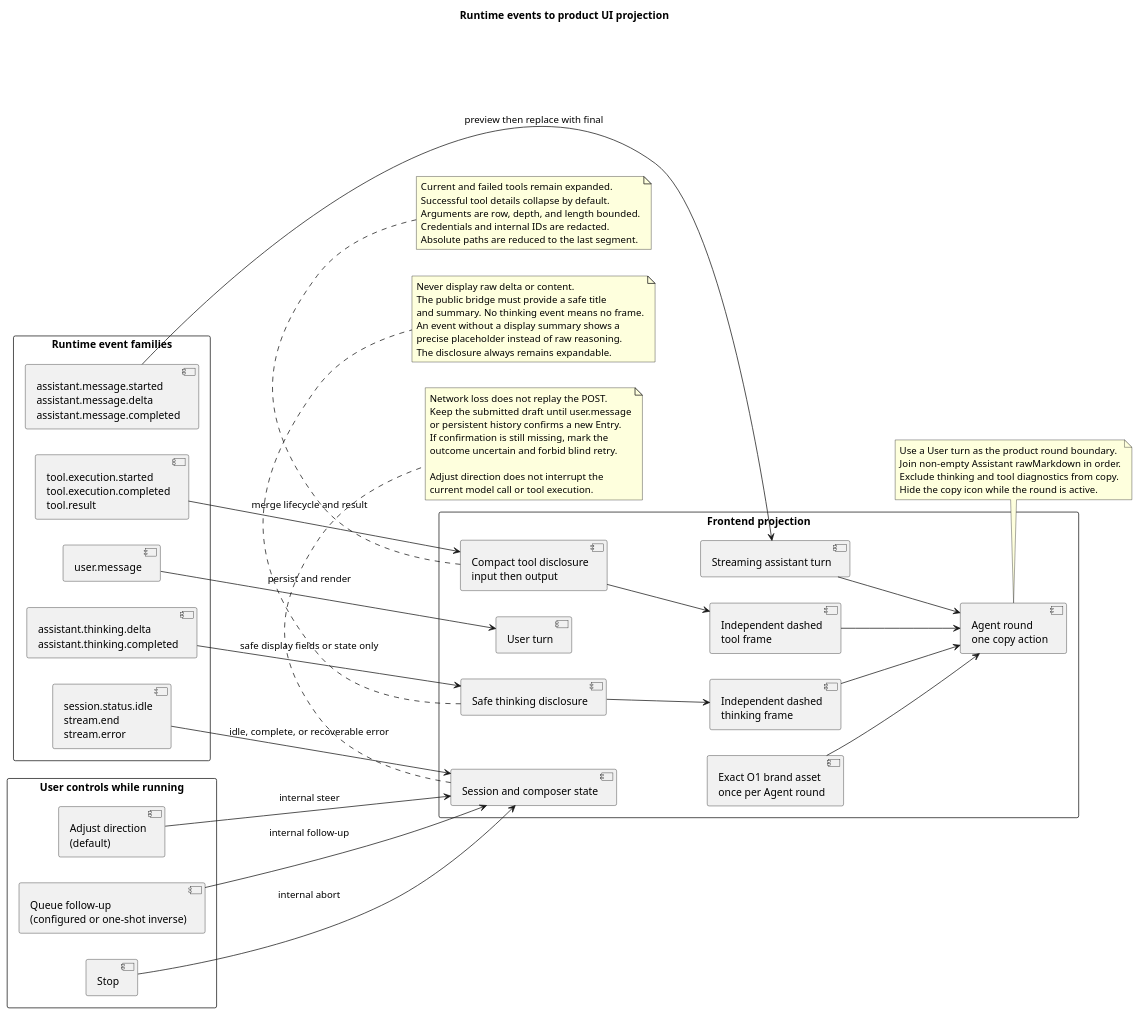
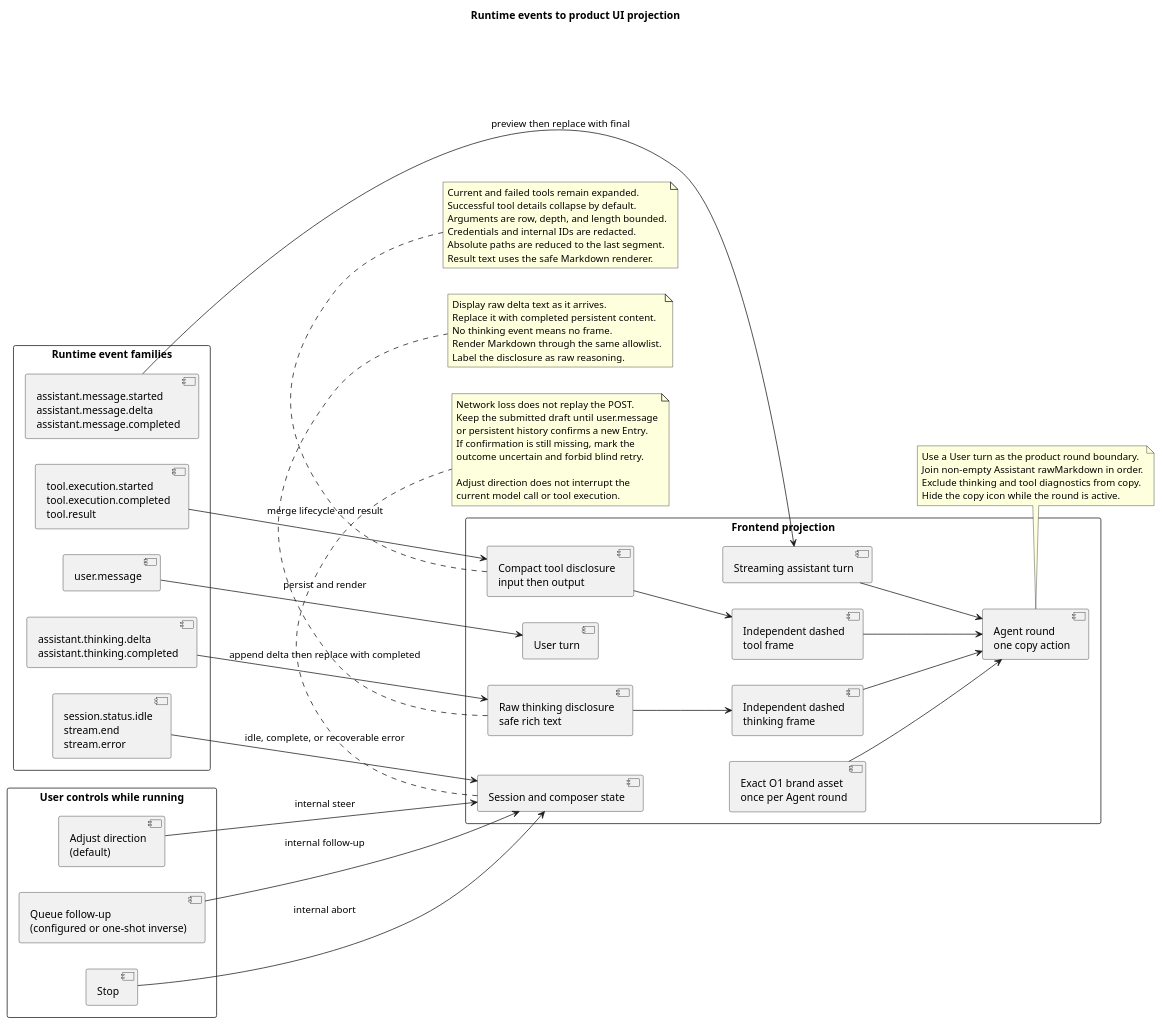
The third of 3 diagrams in docs/designs/campusclaw-frontend/diagram.puml (2862282695gjh-afk/pi-mono-java), drawn with PlantUML before and after one commit. The commit also changed other lines of this file and 27 other files, not shown here.

```diff
--- a/docs/designs/campusclaw-frontend/diagram.puml
+++ b/docs/designs/campusclaw-frontend/diagram.puml
@@ -152,101 +159,102 @@
 @startuml runtime_event_ui_projection
 ' Backend source baseline: origin/main 63adc08cf5c57e3a7cc3caa317452062606ce8b4.
-' Frontend interaction-refinement baseline: origin/main 1813c601101660a401e5e2004c5c00b8e3d7b75b.
+' Frontend interaction-refinement baseline: PR 179 commit 8c5f3462d745ec0c5146d55dcb62108ac2a33282.
 ' Visual design baseline: campusclaw-frontend-design 5c2231654ea94dd248b5ea9a478d2cb27cd36a52.
 ' Source evidence: frontend/src/projectors/runtimeEventProjector.ts (projectRuntimeEvents, projectAssistantEvent, projectThinkingEvent, projectToolEvent, projectToolArguments).
 ' Source evidence: frontend/src/composables/useRuntimeApi.ts (dispatchSseFrame, mergeRuntimeEvent, loadHistory).
 ' Source evidence: frontend/src/projectors/conversationRounds.ts (groupConversationTurns, groupAgentBlocks).
 ' Source evidence: frontend/src/components/ConversationTimeline.vue, AgentRound.vue, ThinkingDisclosure.vue, ToolActivity.vue, and BrandMark.vue.
 ' Source evidence: frontend/src/assets/campusclaw-mark-o1.png and frontend/src/style.css.
 ' Source evidence: frontend/src/components/ComposerBox.vue (onKeydown, current follow-up mode).
 ' Source evidence: modules/coding-agent-cli/src/main/java/com/campusclaw/codingagent/runtimeapi/event/RuntimeEventType.java (RuntimeEventType).
 ' Source evidence: modules/coding-agent-cli/src/main/java/com/campusclaw/codingagent/runtimeapi/event/RuntimeEventProjector.java (projectMessageStart, projectMessageUpdate, projectToolStart, projectToolEnd).
 ' Source evidence: modules/coding-agent-cli/src/main/java/com/campusclaw/codingagent/runtimeapi/event/RuntimeEntryCodec.java (toHistoryEvent, toSseData).
 ' Product-reference evidence: ChatGPT.app webview/assets/app-initial-BCLYDefw.js (followUpQueueMode, K9s) and webview/assets/zh-CN-ByRVSIXt.js.
 ' Observed behavior: HTTP 1.38 lowerCamelCase persistent entries and transient execution events share one request-scoped SSE response; Runtime thinking contains raw reasoning and no safe display summary.
 ' Observed Codex behavior: desktop follow-up mode defaults to steer; a modifier submits one message with the inverse mode.
-' Security hardening: raw thinking is ignored; tool arguments are bounded and redacted before DOM projection.
+' Product constraint: raw thinking is visible without changing the Runtime event interface; delta streams and completed content is authoritative.
+' Security hardening: all text uses the safe Markdown renderer; tool arguments remain bounded and redacted before DOM projection.
 ' Architecture change: User turns bound Agent rounds; each completed round owns one copy action.
 ' Product constraint: each thinking item and each tool item owns an independent warm neutral dashed activity frame.
 ' Design reason: independent frames preserve compact safe activity while preventing one expanded tool from visually swallowing adjacent thinking or tool items.
 
 title Runtime events to product UI projection
 left to right direction
 
 rectangle "Runtime event families" as Events {
   component "user.message" as UserEvent
   component "assistant.message.started\nassistant.message.delta\nassistant.message.completed" as AssistantEvents
   component "assistant.thinking.delta\nassistant.thinking.completed" as ThinkingEvents
   component "tool.execution.started\ntool.execution.completed\ntool.result" as ToolEvents
   component "session.status.idle\nstream.end\nstream.error" as TerminalEvents
 }
 
 rectangle "Frontend projection" as Projection {
   component "User turn" as UserTurn
   component "Streaming assistant turn" as AssistantTurn
-  component "Safe thinking disclosure" as ThinkingDisclosure
+  component "Raw thinking disclosure\nsafe rich text" as ThinkingDisclosure
   component "Compact tool disclosure\ninput then output" as ToolDisclosure
   component "Independent dashed\nthinking frame" as ThinkingFrame
   component "Independent dashed\ntool frame" as ToolFrame
   component "Agent round\none copy action" as AgentRound
   component "Exact O1 brand asset\nonce per Agent round" as BrandAsset
   component "Session and composer state" as SessionState
 }
 
 rectangle "User controls while running" as Controls {
   component "Adjust direction\n(default)" as Adjust
   component "Queue follow-up\n(configured or one-shot inverse)" as Continue
   component "Stop" as Stop
 }
 
 UserEvent --> UserTurn : persist and render
 AssistantEvents --> AssistantTurn : preview then replace with final
-ThinkingEvents --> ThinkingDisclosure : safe display fields or state only
+ThinkingEvents --> ThinkingDisclosure : append delta then replace with completed
 ToolEvents --> ToolDisclosure : merge lifecycle and result
 TerminalEvents --> SessionState : idle, complete, or recoverable error
 ThinkingDisclosure --> ThinkingFrame
 ToolDisclosure --> ToolFrame
 AssistantTurn --> AgentRound
 ThinkingFrame --> AgentRound
 ToolFrame --> AgentRound
 BrandAsset --> AgentRound
 
 Adjust --> SessionState : internal steer
 Continue --> SessionState : internal follow-up
 Stop --> SessionState : internal abort
 
 note bottom of ThinkingDisclosure
-Never display raw delta or content.
-The public bridge must provide a safe title
-and summary. No thinking event means no frame.
-An event without a display summary shows a
-precise placeholder instead of raw reasoning.
-The disclosure always remains expandable.
+Display raw delta text as it arrives.
+Replace it with completed persistent content.
+No thinking event means no frame.
+Render Markdown through the same allowlist.
+Label the disclosure as raw reasoning.
 end note
 
 note bottom of ToolDisclosure
 Current and failed tools remain expanded.
 Successful tool details collapse by default.
 Arguments are row, depth, and length bounded.
 Credentials and internal IDs are redacted.
 Absolute paths are reduced to the last segment.
+Result text uses the safe Markdown renderer.
 end note
 
 note bottom of AgentRound
 Use a User turn as the product round boundary.
 Join non-empty Assistant rawMarkdown in order.
 Exclude thinking and tool diagnostics from copy.
 Hide the copy icon while the round is active.
 end note
 
 note bottom of SessionState
 Network loss does not replay the POST.
 Keep the submitted draft until user.message
 or persistent history confirms a new Entry.
 If confirmation is still missing, mark the
 outcome uncertain and forbid blind retry.
 
 Adjust direction does not interrupt the
 current model call or tool execution.
 end note
 @enduml
```
